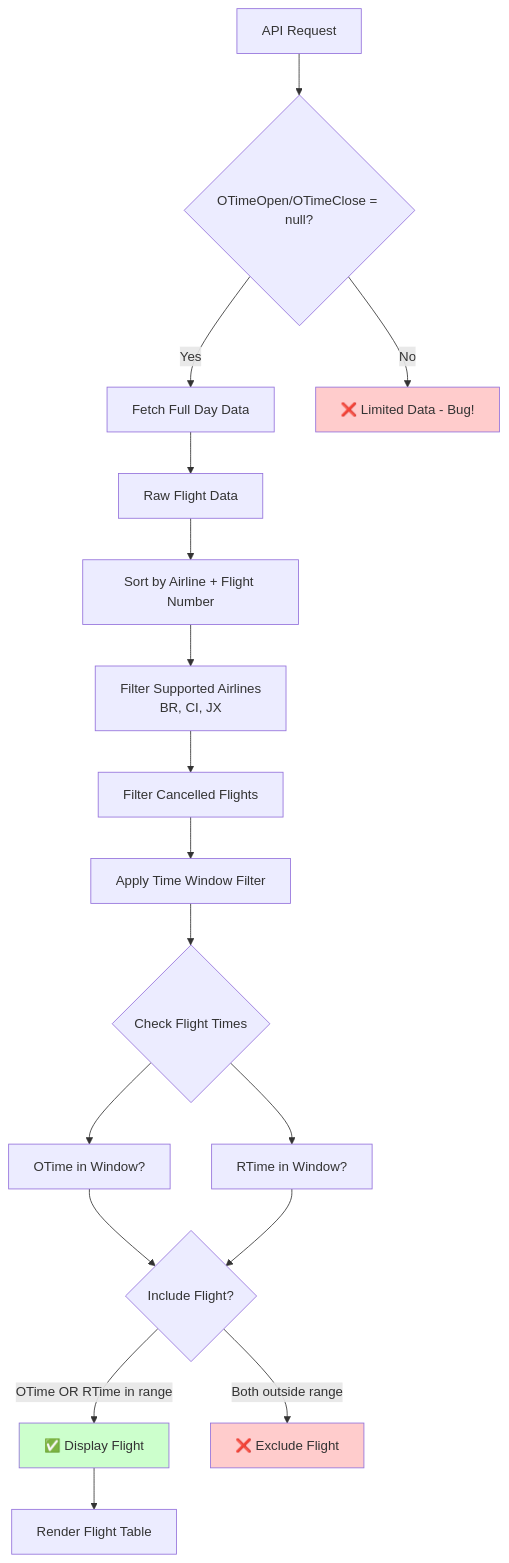
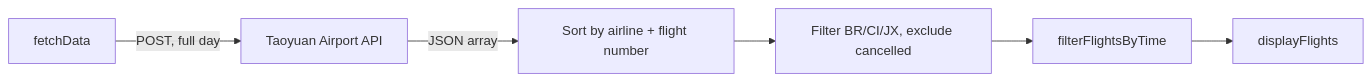
The first of 3 diagrams in README.md (TPE-eagle/tpe-sushi-go-round), drawn with Mermaid before and after one commit. The commit also changed other lines of this file and 1 other file, not shown here.

````diff
--- a/README.md
+++ b/README.md
@@ -61,26 +56,8 @@
 ```mermaid
-flowchart TD
-    A[API Request] --> B{OTimeOpen/OTimeClose = null?}
-    B -->|Yes| C[Fetch Full Day Data]
-    B -->|No| D[❌ Limited Data - Bug!]
-    
-    C --> E[Raw Flight Data]
-    E --> F[Sort by Airline + Flight Number]
-    F --> G[Filter Supported Airlines<br/>BR, CI, JX]
-    G --> H[Filter Cancelled Flights]
-    H --> I[Apply Time Window Filter]
-    
-    I --> J{Check Flight Times}
-    J --> K[OTime in Window?]
-    J --> L[RTime in Window?]
-    K --> M{Include Flight?}
-    L --> M
-    M -->|OTime OR RTime in range| N[✅ Display Flight]
-    M -->|Both outside range| O[❌ Exclude Flight]
-    
-    N --> P[Render Flight Table]
-    
-    style D fill:#ffcccc
-    style N fill:#ccffcc
-    style O fill:#ffcccc
+flowchart LR
+    A[fetchData] -->|POST, full day| B[Taoyuan Airport API]
+    B -->|JSON array| C[Sort by airline + flight number]
+    C --> D[Filter BR/CI/JX, exclude cancelled]
+    D --> E[filterFlightsByTime]
+    E --> F[displayFlights]
 ```
````
